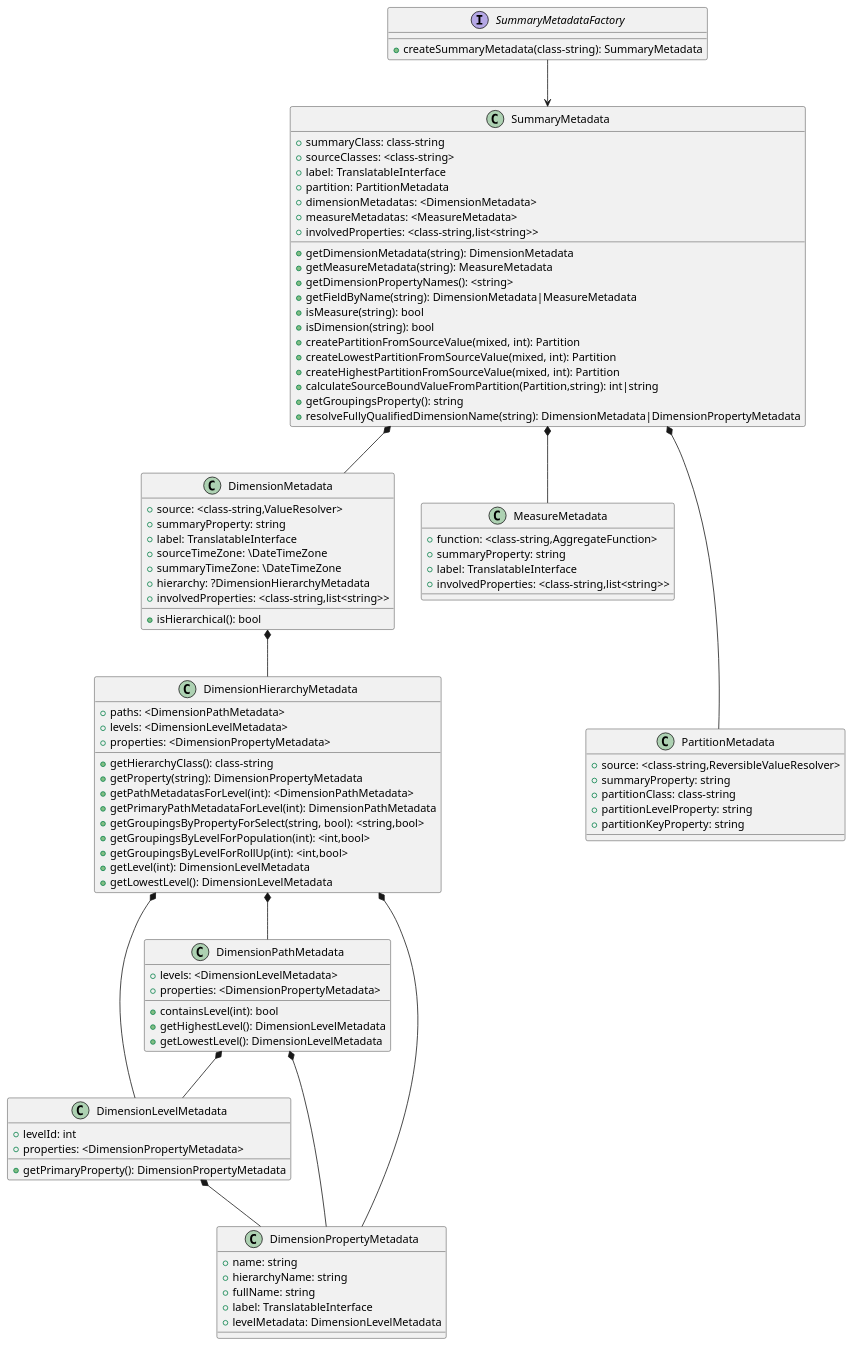
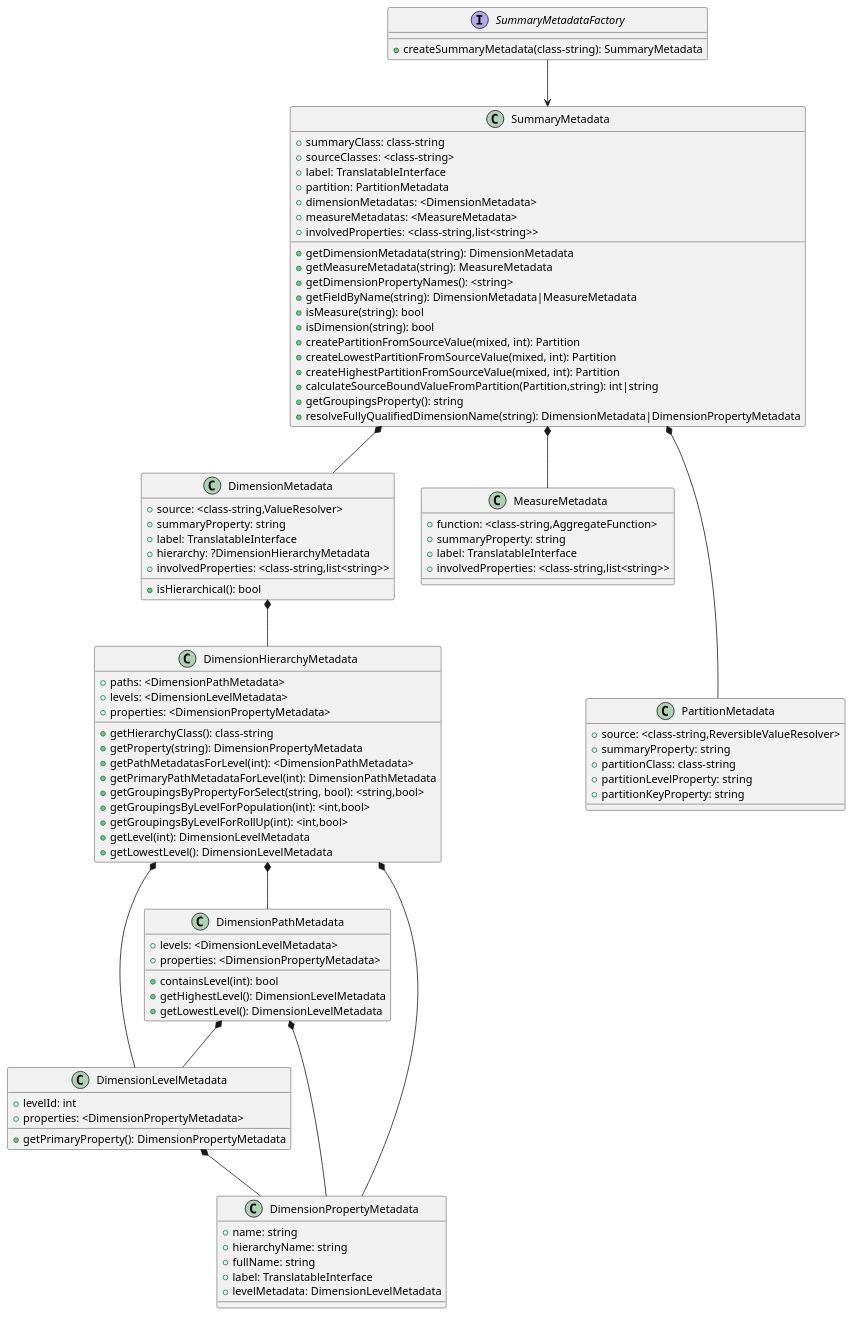
Before and after one commit to rekalogika/analytics: the diagram in docs/metadata.wsd, drawn with PlantUML. The commit also changed 11 other files, not shown here.

```diff
--- a/docs/metadata.wsd
+++ b/docs/metadata.wsd
@@ -1,109 +1,107 @@
 @startuml summary_metadata
 
 interface SummaryMetadataFactory {
     +createSummaryMetadata(class-string): SummaryMetadata
 }
 
 SummaryMetadataFactory --> SummaryMetadata
 
 class SummaryMetadata {
     +summaryClass: class-string
     +sourceClasses: <class-string>
     +label: TranslatableInterface
     +partition: PartitionMetadata
     +dimensionMetadatas: <DimensionMetadata>
     +measureMetadatas: <MeasureMetadata>
     +getDimensionMetadata(string): DimensionMetadata
     +getMeasureMetadata(string): MeasureMetadata
     +getDimensionPropertyNames(): <string>
     +getFieldByName(string): DimensionMetadata|MeasureMetadata
     +isMeasure(string): bool
     +isDimension(string): bool
     +createPartitionFromSourceValue(mixed, int): Partition
     +createLowestPartitionFromSourceValue(mixed, int): Partition
     +createHighestPartitionFromSourceValue(mixed, int): Partition
     +calculateSourceBoundValueFromPartition(Partition,string): int|string
     +getGroupingsProperty(): string
     +involvedProperties: <class-string,list<string>>
     +resolveFullyQualifiedDimensionName(string): DimensionMetadata|DimensionPropertyMetadata
 }
 
 SummaryMetadata *-- DimensionMetadata
 SummaryMetadata *-- MeasureMetadata
 SummaryMetadata *--- PartitionMetadata
 
 class DimensionMetadata {
     +source: <class-string,ValueResolver>
     +summaryProperty: string
     +label: TranslatableInterface
-    +sourceTimeZone: \DateTimeZone
-    +summaryTimeZone: \DateTimeZone
     +hierarchy: ?DimensionHierarchyMetadata
     +involvedProperties: <class-string,list<string>>
     +isHierarchical(): bool
 }
 
 DimensionMetadata *-- DimensionHierarchyMetadata
 
 class PartitionMetadata {
     +source: <class-string,ReversibleValueResolver>
     +summaryProperty: string
     +partitionClass: class-string
     +partitionLevelProperty: string
     +partitionKeyProperty: string
 }
 
 class MeasureMetadata {
     +function: <class-string,AggregateFunction>
     +summaryProperty: string
     +label: TranslatableInterface
     +involvedProperties: <class-string,list<string>>
 }
 
 class DimensionHierarchyMetadata {
     +paths: <DimensionPathMetadata>
     +levels: <DimensionLevelMetadata>
     +properties: <DimensionPropertyMetadata>
     +getHierarchyClass(): class-string
     +getProperty(string): DimensionPropertyMetadata
     +getPathMetadatasForLevel(int): <DimensionPathMetadata>
     +getPrimaryPathMetadataForLevel(int): DimensionPathMetadata
     +getGroupingsByPropertyForSelect(string, bool): <string,bool>
     +getGroupingsByLevelForPopulation(int): <int,bool>
     +getGroupingsByLevelForRollUp(int): <int,bool>
     +getLevel(int): DimensionLevelMetadata
     +getLowestLevel(): DimensionLevelMetadata
 }
 
 DimensionHierarchyMetadata *-- DimensionPathMetadata
 DimensionHierarchyMetadata *-- DimensionLevelMetadata
 DimensionHierarchyMetadata *-- DimensionPropertyMetadata
 
 class DimensionPathMetadata {
     +levels: <DimensionLevelMetadata>
     +properties: <DimensionPropertyMetadata>
     +containsLevel(int): bool
     +getHighestLevel(): DimensionLevelMetadata
     +getLowestLevel(): DimensionLevelMetadata
 }
 
 DimensionPathMetadata *-- DimensionLevelMetadata
 DimensionPathMetadata *-- DimensionPropertyMetadata
 
 class DimensionLevelMetadata {
     +levelId: int
     +properties: <DimensionPropertyMetadata>
     +getPrimaryProperty(): DimensionPropertyMetadata
 }
 
 DimensionLevelMetadata *-- DimensionPropertyMetadata
 
 class DimensionPropertyMetadata {
     +name: string
     +hierarchyName: string
     +fullName: string
     +label: TranslatableInterface
     +levelMetadata: DimensionLevelMetadata
 }
 
 @enduml
```
